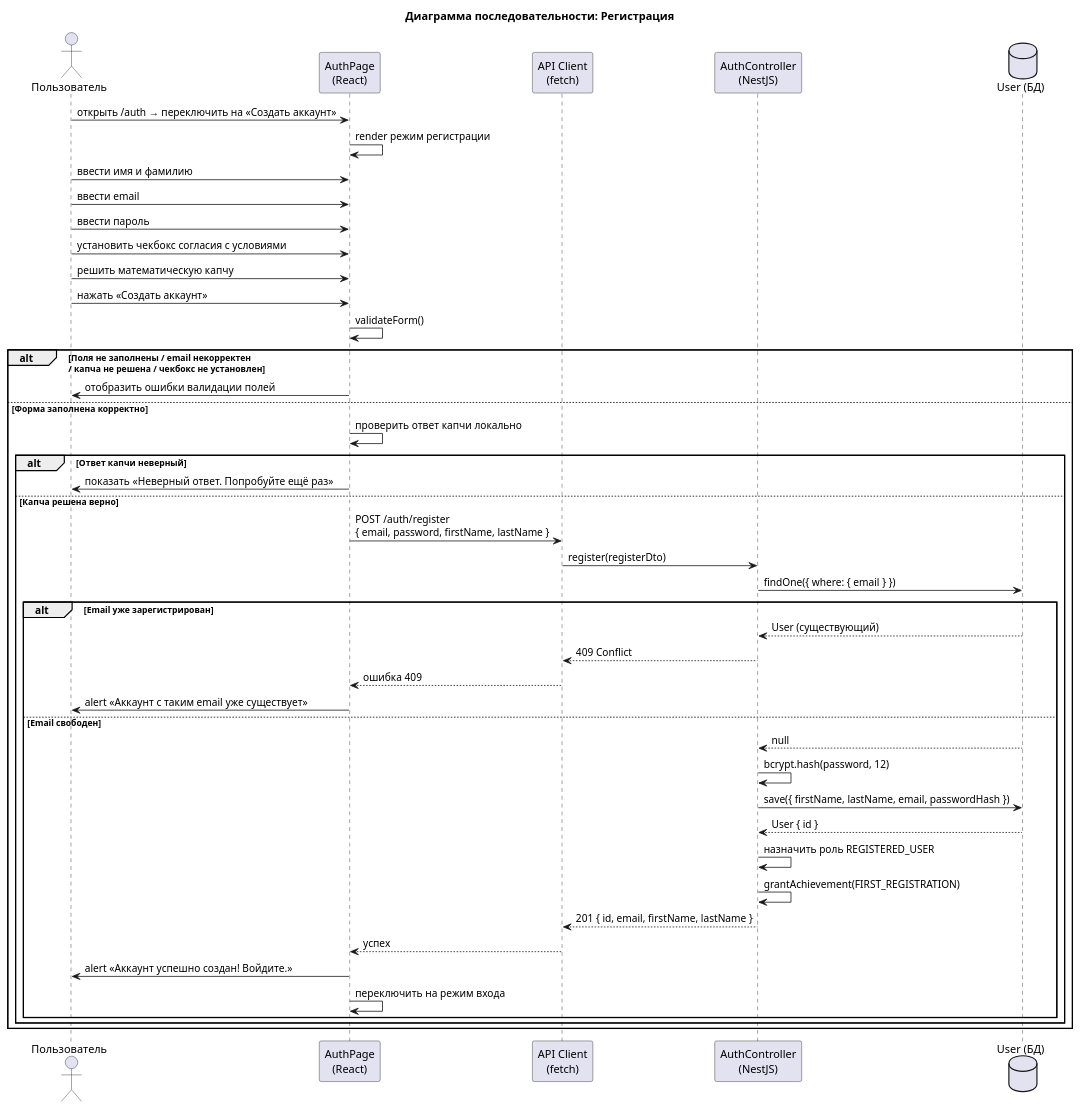
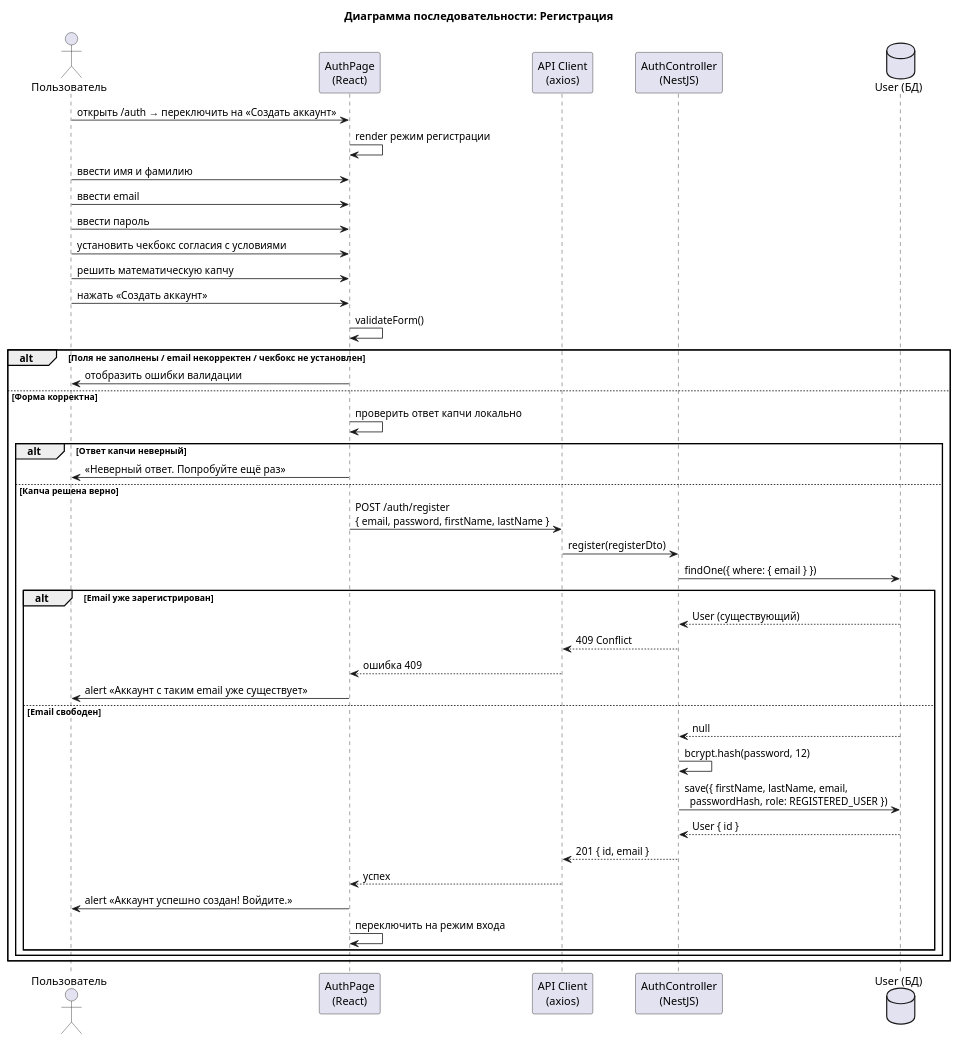
One commit to DoniZefironi/ASOI-Diploma changed the diagram in пояснительная записка/diagrams/seq_03_registration.puml. Above: the diagram before and after it, drawn with PlantUML. The commit also changed 33 other files, not shown here.

```diff
--- a/пояснительная записка/diagrams/seq_03_registration.puml
+++ b/пояснительная записка/diagrams/seq_03_registration.puml
@@ -1,53 +1,51 @@
 @startuml
 title Диаграмма последовательности: Регистрация
 
 actor Пользователь as User
 participant "AuthPage\n(React)" as AP
-participant "API Client\n(fetch)" as API
+participant "API Client\n(axios)" as API
 participant "AuthController\n(NestJS)" as AC
 database "User (БД)" as DB
 
 User -> AP: открыть /auth → переключить на «Создать аккаунт»
 AP -> AP: render режим регистрации
 
 User -> AP: ввести имя и фамилию
 User -> AP: ввести email
 User -> AP: ввести пароль
 User -> AP: установить чекбокс согласия с условиями
 User -> AP: решить математическую капчу
 User -> AP: нажать «Создать аккаунт»
 AP -> AP: validateForm()
 
-alt Поля не заполнены / email некорректен\n/ капча не решена / чекбокс не установлен
-  AP -> User: отобразить ошибки валидации полей
-else Форма заполнена корректно
+alt Поля не заполнены / email некорректен / чекбокс не установлен
+  AP -> User: отобразить ошибки валидации
+else Форма корректна
   AP -> AP: проверить ответ капчи локально
 
   alt Ответ капчи неверный
-    AP -> User: показать «Неверный ответ. Попробуйте ещё раз»
+    AP -> User: «Неверный ответ. Попробуйте ещё раз»
   else Капча решена верно
     AP -> API: POST /auth/register\n{ email, password, firstName, lastName }
     API -> AC: register(registerDto)
     AC -> DB: findOne({ where: { email } })
 
     alt Email уже зарегистрирован
       DB --> AC: User (существующий)
       AC --> API: 409 Conflict
       API --> AP: ошибка 409
       AP -> User: alert «Аккаунт с таким email уже существует»
     else Email свободен
       DB --> AC: null
       AC -> AC: bcrypt.hash(password, 12)
-      AC -> DB: save({ firstName, lastName, email, passwordHash })
+      AC -> DB: save({ firstName, lastName, email,\n  passwordHash, role: REGISTERED_USER })
       DB --> AC: User { id }
-      AC -> AC: назначить роль REGISTERED_USER
-      AC -> AC: grantAchievement(FIRST_REGISTRATION)
-      AC --> API: 201 { id, email, firstName, lastName }
+      AC --> API: 201 { id, email }
       API --> AP: успех
       AP -> User: alert «Аккаунт успешно создан! Войдите.»
       AP -> AP: переключить на режим входа
     end
   end
 end
 
 @enduml
```
